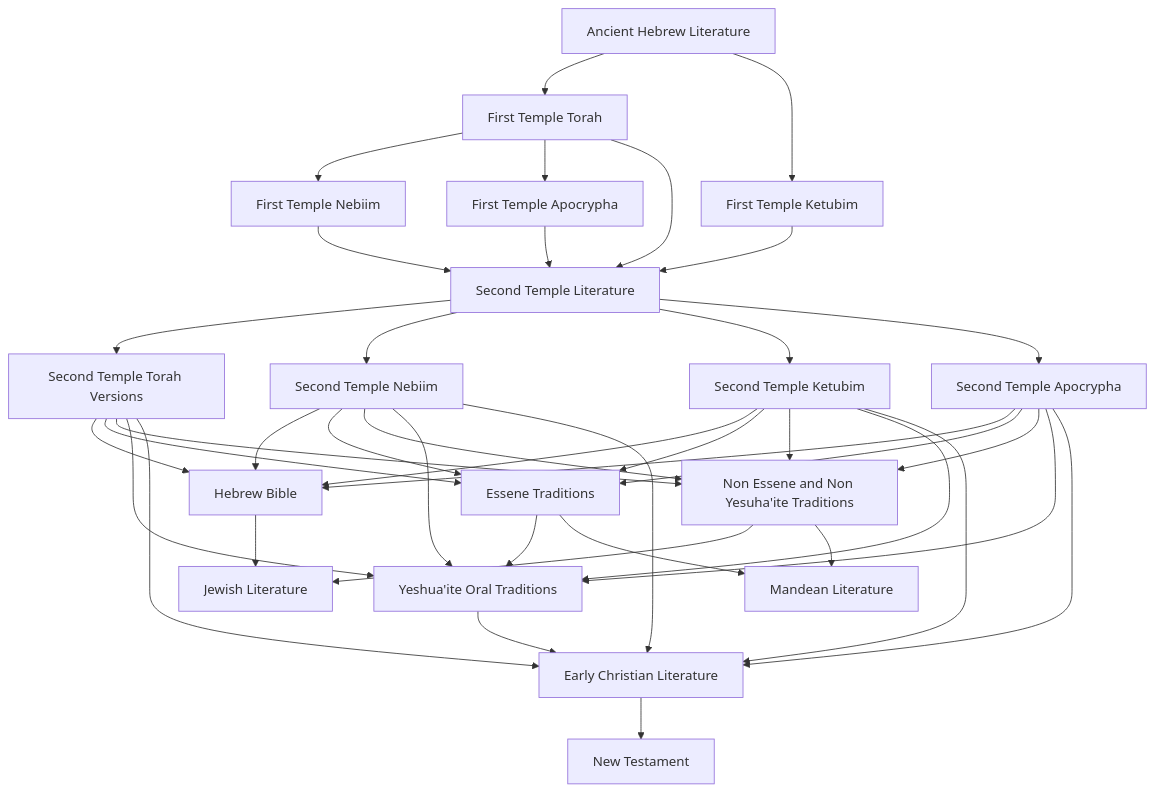
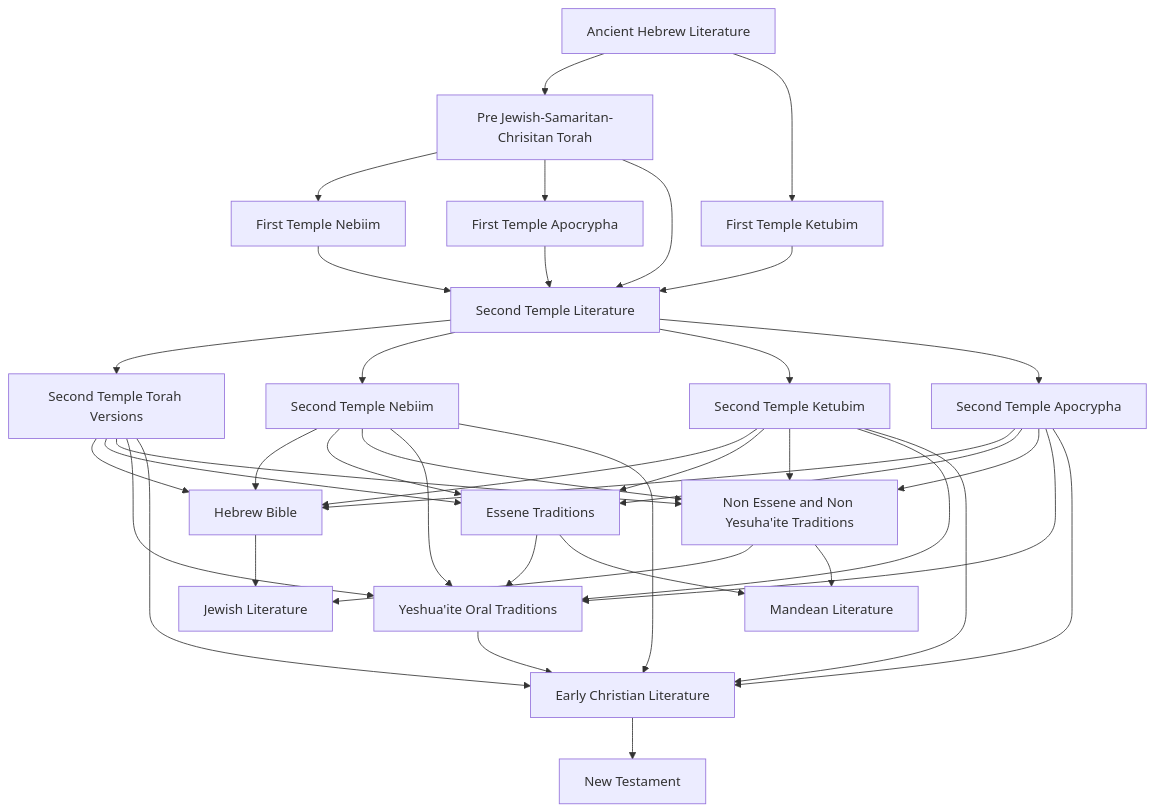
The diagram in judeo_christian_religious_literature.mermaid (bendqh1/mermaid), drawn with Mermaid before and after one commit.

```diff
--- a/judeo_christian_religious_literature.mermaid
+++ b/judeo_christian_religious_literature.mermaid
@@ -1,24 +1,24 @@
 flowchart TD
     A1[Ancient Hebrew Literature]
-    A1 --> A2[First Temple Torah]
+    A1 --> A2[Pre Jewish-Samaritan-Chrisitan Torah]
     A2 --> A3[First Temple Nebiim] 
     A1 --> A4[First Temple Ketubim]
     A2 --> A5[First Temple Apocrypha]
     
     A2 & A3 & A4 & A5 --> B1[Second Temple Literature]
 
     B1 --> B2[Second Temple Torah Versions]
     B1 --> B3[Second Temple Nebiim]
     B1 --> B4[Second Temple Ketubim]
     B1 --> B5[Second Temple Apocrypha]
 
     B2 & B3 & B4 & B5 --> C1[Hebrew Bible]
     B2 & B3 & B4 & B5 --> C2[Essene Traditions]
     B2 & B3 & B4 & B5 --> C3[Non Essene and Non Yesuha'ite Traditions]
     B2 & B3 & B4 & B5 & C2 --> C4[Yeshua'ite Oral Traditions]
 
     C1 & C3 --> D1[Jewish Literature]
     C2 & C3 --> D2[Mandean Literature]
     B2 & B3 & B4 & B5 & C4 --> D3[Early Christian Literature]
 
     D3 --> E1[New Testament]
```
